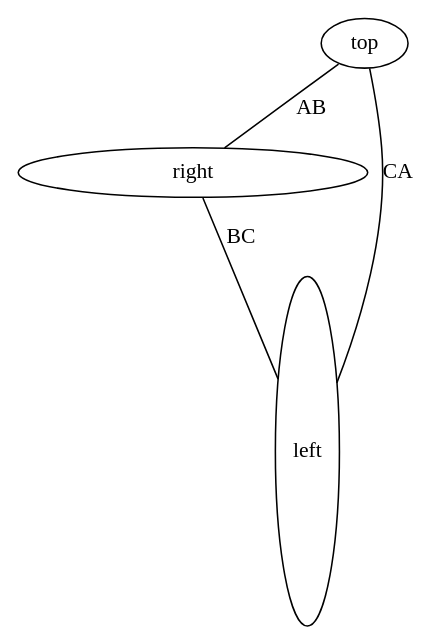
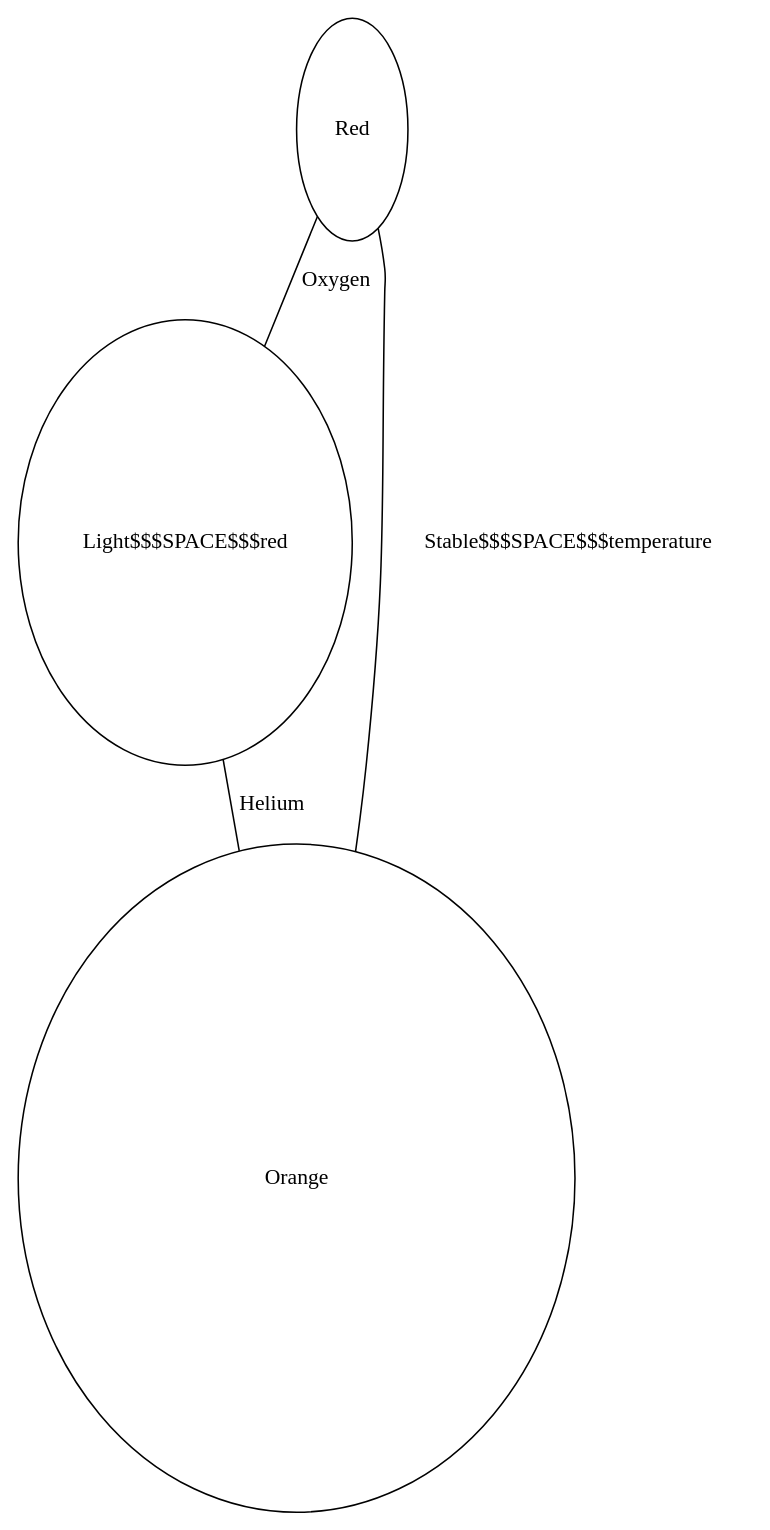
Before and after one commit to richelbilderbeek/boost_graph_cookbook_1: the diagram in BoostGraphTutorial/create_bundled_edges_and_vertices_k3_graph.dot, drawn with Graphviz. The commit also changed 19 other files, not shown here.

```diff
--- a/BoostGraphTutorial/create_bundled_edges_and_vertices_k3_graph.dot
+++ b/BoostGraphTutorial/create_bundled_edges_and_vertices_k3_graph.dot
@@ -1,8 +1,8 @@
 graph G {
-0[label="top",comment="source",width=0,height=0];
-1[label="right",comment="target",width=3.14,height=0];
-2[label="left",comment="target",width=0,height=3.14];
-0--1 [label="AB",comment="first",width=0,height=0];
-1--2 [label="BC",comment="second",width=3.14,height=3.14];
-2--0 [label="CA",comment="third",width=3.14,height=3.14];
+0[label="Red",comment="Not$$$SPACE$$$green",width=1,height=2];
+1[label="Light$$$SPACE$$$red",comment="Not$$$SPACE$$$dark",width=3,height=4];
+2[label="Orange",comment="Orangy",width=5,height=6];
+0--1 [label="Oxygen",comment="Air",width=1,height=2];
+1--2 [label="Helium",comment="From$$$SPACE$$$tube",width=3,height=4];
+2--0 [label="Stable$$$SPACE$$$temperature",comment="Here",width=5,height=6];
 }
```
